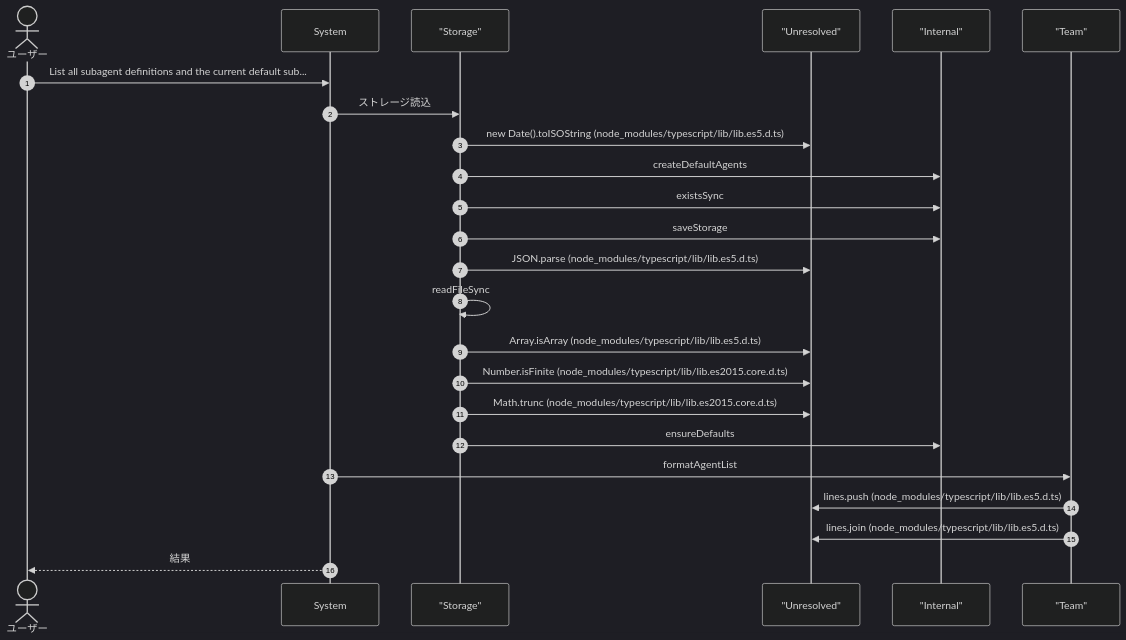
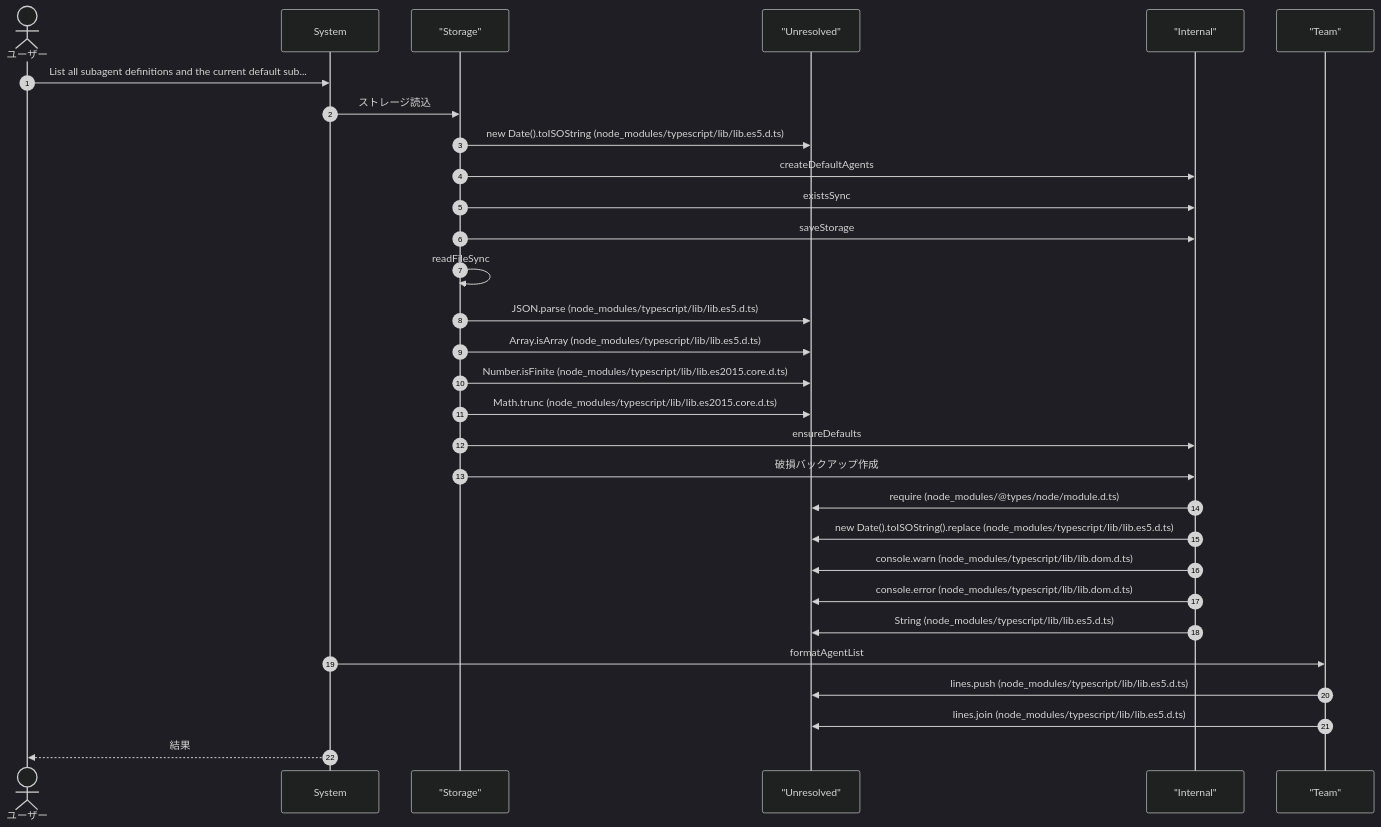
Before and after one commit to Mekann2904/mekann: the first of 12 diagrams in ABDD/.pi/extensions/subagents.md, drawn with Mermaid (dark theme). The commit also changed other lines of this file and 205 other files, not shown here.

````diff
--- a/ABDD/.pi/extensions/subagents.md
+++ b/ABDD/.pi/extensions/subagents.md
@@ -41,28 +41,34 @@
 ```mermaid
 sequenceDiagram
   autonumber
   actor User as ユーザー
   participant System as System
   participant Storage as "Storage"
   participant Unresolved as "Unresolved"
   participant Internal as "Internal"
   participant Team as "Team"
 
   User->>System: List all subagent definitions and the current default sub...
   System->>Storage: ストレージ読込
   Storage->>Unresolved: new Date().toISOString (node_modules/typescript/lib/lib.es5.d.ts)
   Storage->>Internal: createDefaultAgents
   Storage->>Internal: existsSync
   Storage->>Internal: saveStorage
+  Storage->>Storage: readFileSync
   Storage->>Unresolved: JSON.parse (node_modules/typescript/lib/lib.es5.d.ts)
-  Storage->>Storage: readFileSync
   Storage->>Unresolved: Array.isArray (node_modules/typescript/lib/lib.es5.d.ts)
   Storage->>Unresolved: Number.isFinite (node_modules/typescript/lib/lib.es2015.core.d.ts)
   Storage->>Unresolved: Math.trunc (node_modules/typescript/lib/lib.es2015.core.d.ts)
   Storage->>Internal: ensureDefaults
+  Storage->>Internal: 破損バックアップ作成
+  Internal->>Unresolved: require (node_modules/@types/node/module.d.ts)
+  Internal->>Unresolved: new Date().toISOString().replace (node_modules/typescript/lib/lib.es5.d.ts)
+  Internal->>Unresolved: console.warn (node_modules/typescript/lib/lib.dom.d.ts)
+  Internal->>Unresolved: console.error (node_modules/typescript/lib/lib.dom.d.ts)
+  Internal->>Unresolved: String (node_modules/typescript/lib/lib.es5.d.ts)
   System->>Team: formatAgentList
   Team->>Unresolved: lines.push (node_modules/typescript/lib/lib.es5.d.ts)
   Team->>Unresolved: lines.join (node_modules/typescript/lib/lib.es5.d.ts)
   System-->>User: 結果
 
 ```
````
